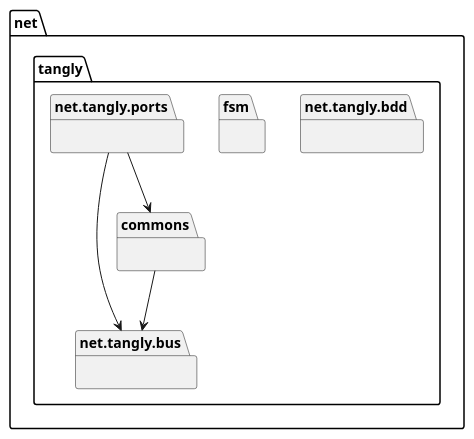
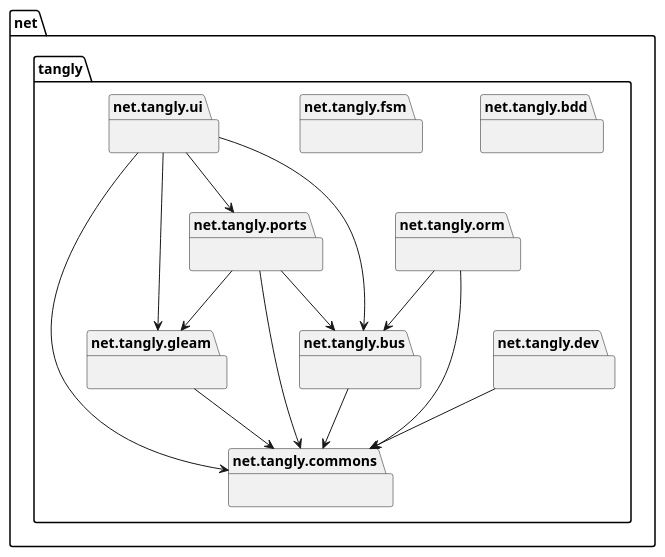
Before and after one commit to tangly-team/tangly-os: the diagram in src/site/components-publication.adoc, drawn with PlantUML. The commit also changed 23 other files, not shown here.

```diff
--- a/src/site/components-publication.adoc
+++ b/src/site/components-publication.adoc
@@ -41,17 +41,30 @@
 [plantuml,tangly-componentsDependencies,svg]
 ....
 package net.tangly.bdd {}
+package net.tangly.bus {}
+package net.tangly.commons {}
 
-package net.tangly.bus {}
+net.tangly.bus --> net.tangly.commons
+package net.tangly.dev {}
 
-package net.tangly.commons {
-}
-net.tangly.commons --> net.tangly.bus
+net.tangly.dev --> net.tangly.commons
+package net.tangly.fsm {}
 
-package net.tangly.fsm {
-}
+package net.tangly.gleam {}
+net.tangly.gleam --> net.tangly.commons
+
+package net.tangly.orm {}
+net.tangly.orm --> net.tangly.commons
+net.tangly.orm --> net.tangly.bus
 
 package net.tangly.ports {}
 net.tangly.ports --> net.tangly.commons
 net.tangly.ports --> net.tangly.bus
+net.tangly.ports --> net.tangly.gleam
+
+package net.tangly.ui {}
+net.tangly.ui --> net.tangly.commons
+net.tangly.ui --> net.tangly.bus
+net.tangly.ui --> net.tangly.gleam
+net.tangly.ui --> net.tangly.ports
 ....
```
